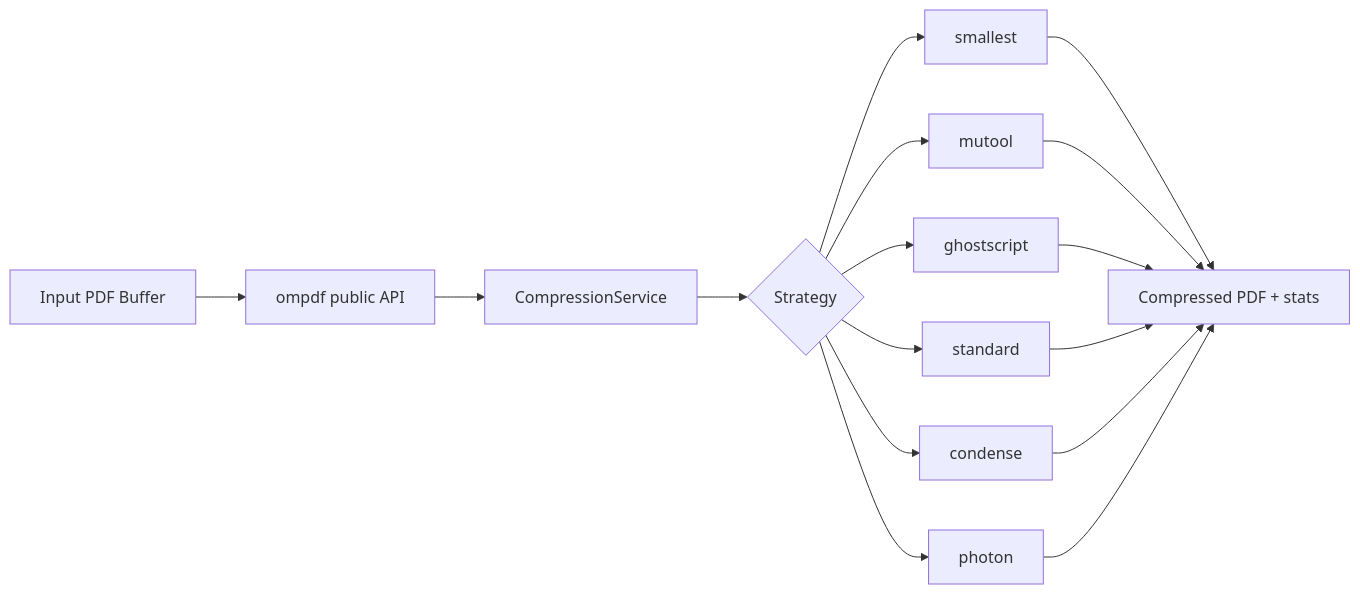
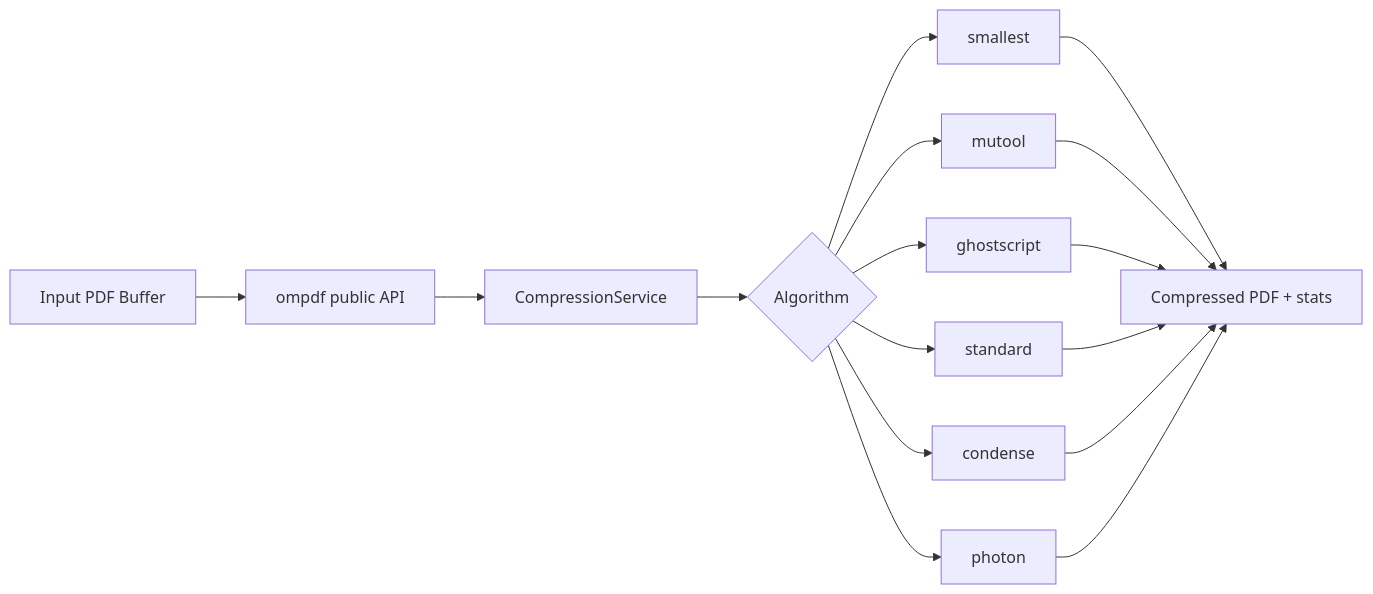
The third of 5 diagrams in ARCHITECTURE.md (mqnoy/ompdf), drawn with Mermaid before and after one commit. The commit also changed other lines of this file and 12 other files, not shown here.

````diff
--- a/ARCHITECTURE.md
+++ b/ARCHITECTURE.md
@@ -89,18 +181,18 @@
 ```mermaid
 flowchart LR
     Input[Input PDF Buffer] --> PublicAPI[ompdf public API]
     PublicAPI --> Service[CompressionService]
-    Service --> Decision{Strategy}
+    Service --> Decision{Algorithm}
     Decision --> Smallest[smallest]
     Decision --> Mutool[mutool]
     Decision --> Ghostscript[ghostscript]
     Decision --> Standard[standard]
     Decision --> Condense[condense]
     Decision --> Photon[photon]
     Smallest --> Output[Compressed PDF + stats]
     Mutool --> Output
     Ghostscript --> Output
     Standard --> Output
     Condense --> Output
     Photon --> Output
 ```
````
